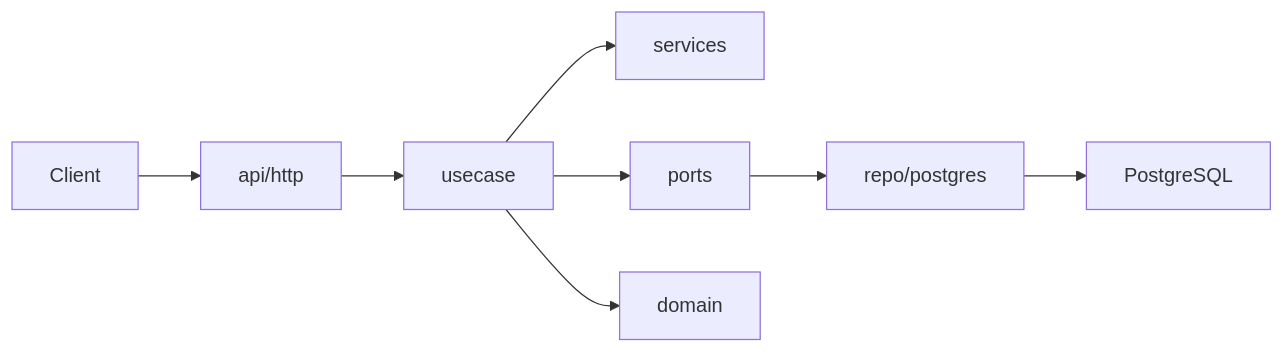
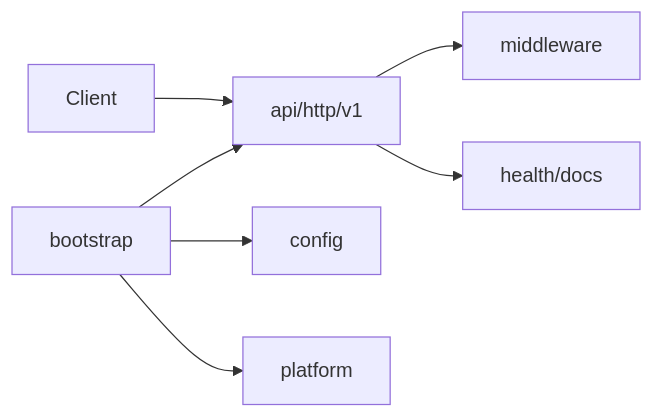
Before and after one commit to endge-lab/service-template-go: the first of 5 diagrams in docs/architecture.md, drawn with Mermaid. The commit also changed other lines of this file and 74 other files, not shown here.

````diff
--- a/docs/architecture.md
+++ b/docs/architecture.md
@@ -17,10 +23,9 @@
 ```mermaid
 flowchart LR
-    Client["Client"] --> HTTP["api/http"]
-    HTTP --> UseCase["usecase"]
-    UseCase --> Services["services"]
-    UseCase --> Ports["ports"]
-    Ports --> Repo["repo/postgres"]
-    Repo --> DB["PostgreSQL"]
-    UseCase --> Domain["domain"]
+    Client["Client"] --> HTTP["api/http/v1"]
+    HTTP --> Middleware["middleware"]
+    HTTP --> Health["health/docs"]
+    Bootstrap["bootstrap"] --> HTTP
+    Bootstrap --> Config["config"]
+    Bootstrap --> Platform["platform"]
 ```
````
